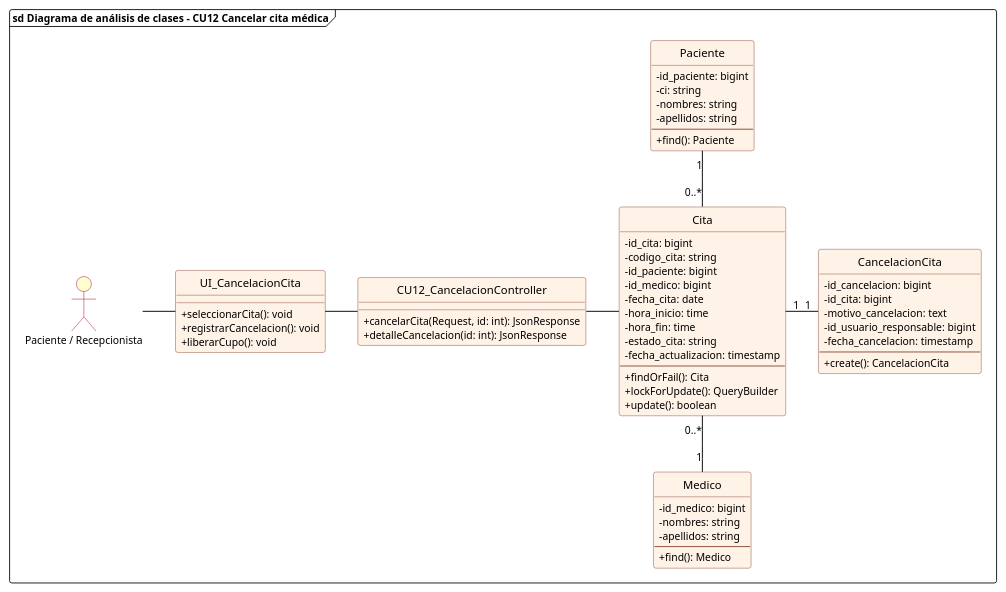
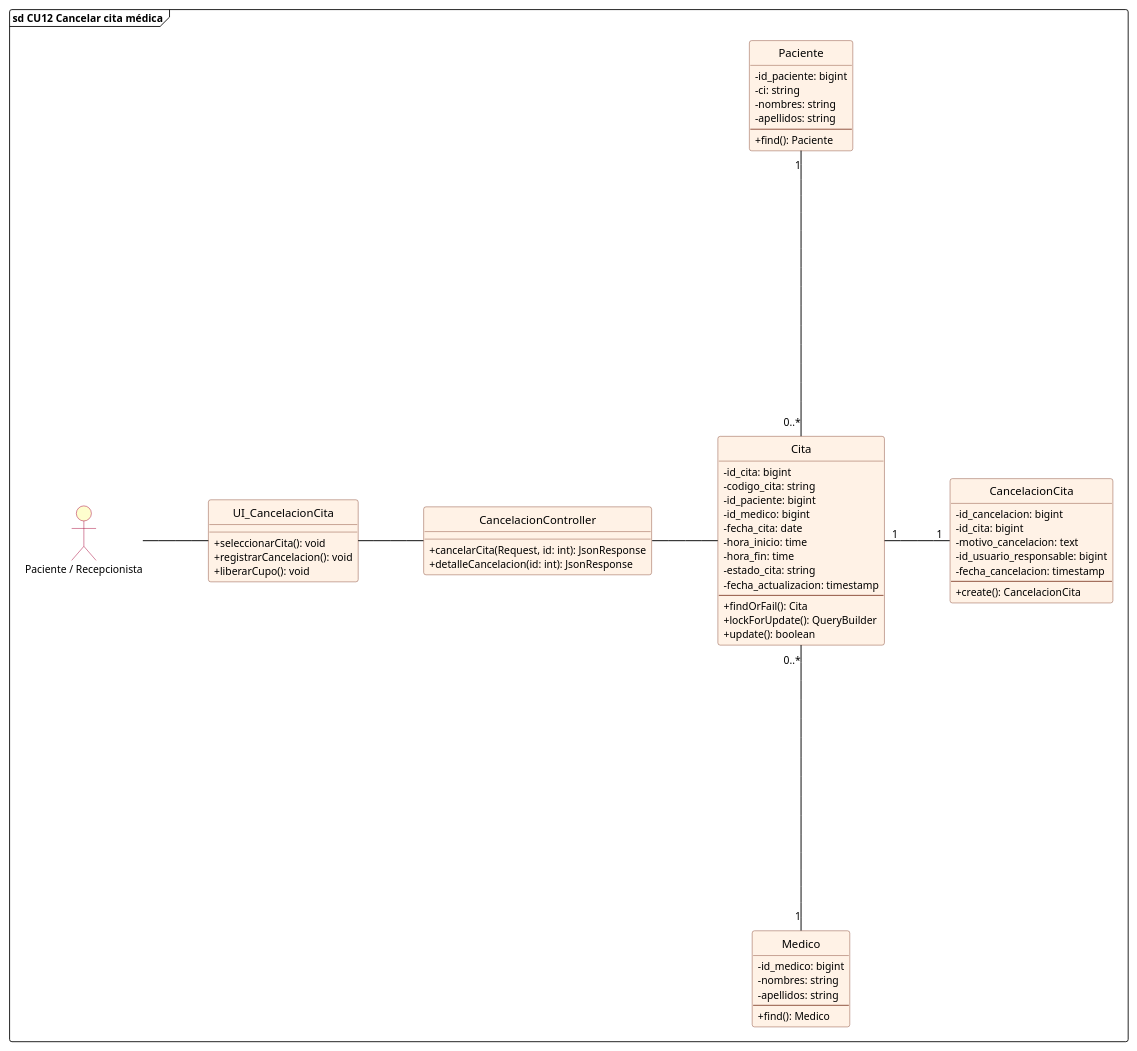
Before and after one commit to DiogoMars777/CITAS_MEDICAS: diagram 12 of 12 in diagramas/diagramas_analisis_clases_cu01_cu12.puml, drawn with PlantUML. The commit also changed other lines of this file and 13 other files, not shown here.

Commit message:
style(diagramas): simplificar titulos a CU0X, quitar prefijo CU de controladores y perfeccionar legibilidad de cardinalidad con ortogonalidad

```diff
--- a/diagramas/diagramas_analisis_clases_cu01_cu12.puml
+++ b/diagramas/diagramas_analisis_clases_cu01_cu12.puml
@@ -1039,89 +1072,92 @@
 @startuml cu12_analisis_cancelar_cita
 allowmixing
 
+skinparam linetype ortho
+skinparam nodesep 70
+skinparam ranksep 60
 skinparam backgroundColor white
 skinparam defaultFontName "Segoe UI"
 skinparam defaultFontSize 11
 skinparam classFontSize 12
 skinparam classAttributeIconSize 0
 hide circle
 
 skinparam class {
     BackgroundColor #FFF2E6
     BorderColor #8A4B38
     RoundCorner 6
     HeaderBackgroundColor #FFF2E6
     ArrowColor black
 }
 
 skinparam actor {
     BackgroundColor #FEFECE
     BorderColor #A80036
 }
 
-frame "sd Diagrama de análisis de clases - CU12 Cancelar cita médica" {
+frame "sd CU12 Cancelar cita médica" {
     actor "Paciente / Recepcionista" as ActorCanc
     
     class UI_CancelacionCita {
         + seleccionarCita(): void
         + registrarCancelacion(): void
         + liberarCupo(): void
     }
 
-    class CU12_CancelacionController {
+    class CancelacionController {
         + cancelarCita(Request, id: int): JsonResponse
         + detalleCancelacion(id: int): JsonResponse
     }
 
     class Cita {
         - id_cita: bigint
         - codigo_cita: string
         - id_paciente: bigint
         - id_medico: bigint
         - fecha_cita: date
         - hora_inicio: time
         - hora_fin: time
         - estado_cita: string
         - fecha_actualizacion: timestamp
         --
         + findOrFail(): Cita
         + lockForUpdate(): QueryBuilder
         + update(): boolean
     }
 
     class CancelacionCita {
         - id_cancelacion: bigint
         - id_cita: bigint
         - motivo_cancelacion: text
         - id_usuario_responsable: bigint
         - fecha_cancelacion: timestamp
         --
         + create(): CancelacionCita
     }
 
     class Paciente {
         - id_paciente: bigint
         - ci: string
         - nombres: string
         - apellidos: string
         --
         + find(): Paciente
     }
 
     class Medico {
         - id_medico: bigint
         - nombres: string
         - apellidos: string
         --
         + find(): Medico
     }
 
     ActorCanc -right- UI_CancelacionCita
-    UI_CancelacionCita -right- CU12_CancelacionController
-    CU12_CancelacionController -right- Cita
+    UI_CancelacionCita -right- CancelacionController
+    CancelacionController -right- Cita
 
-    Cita "1" -right- "1" CancelacionCita
-    Cita "0..*" -up- "1" Paciente
-    Cita "0..*" -down- "1" Medico
+    Cita "1" ---right--- "1" CancelacionCita
+    Cita "0..*" ---up--- "1" Paciente
+    Cita "0..*" ---down--- "1" Medico
 }
 @enduml
```
